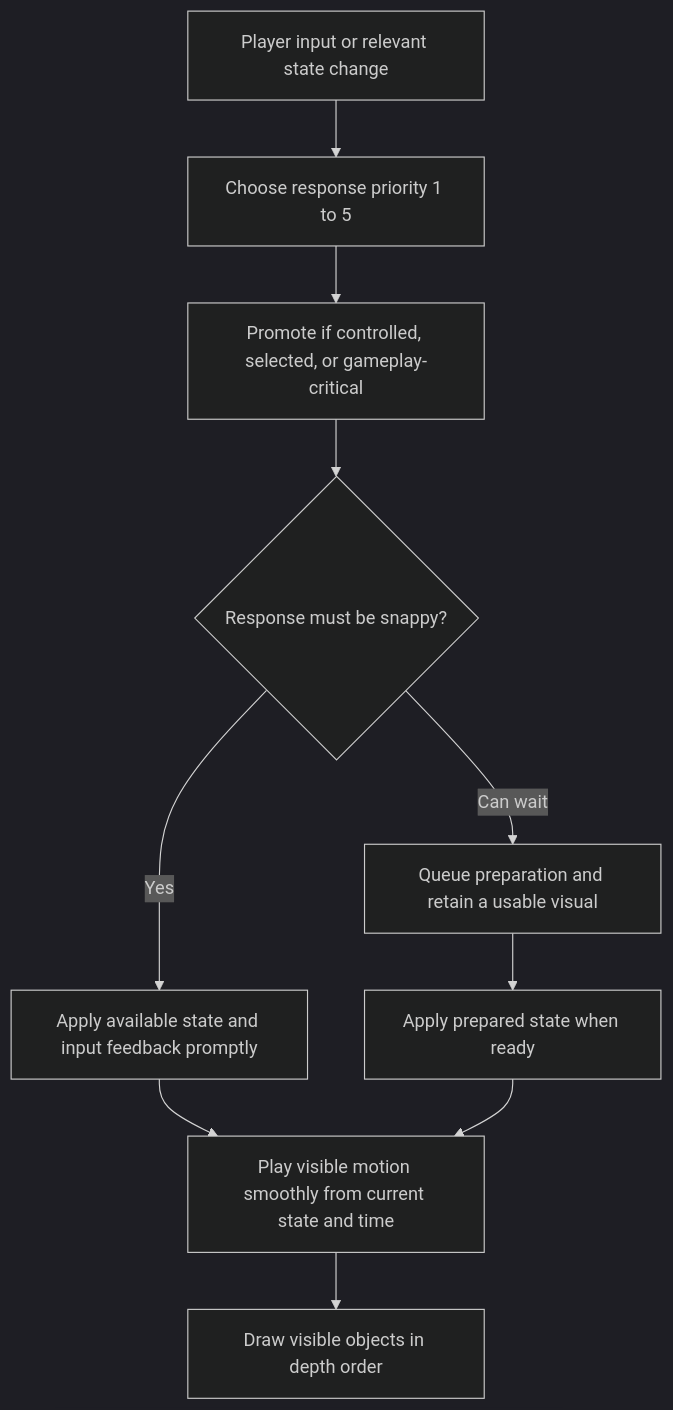
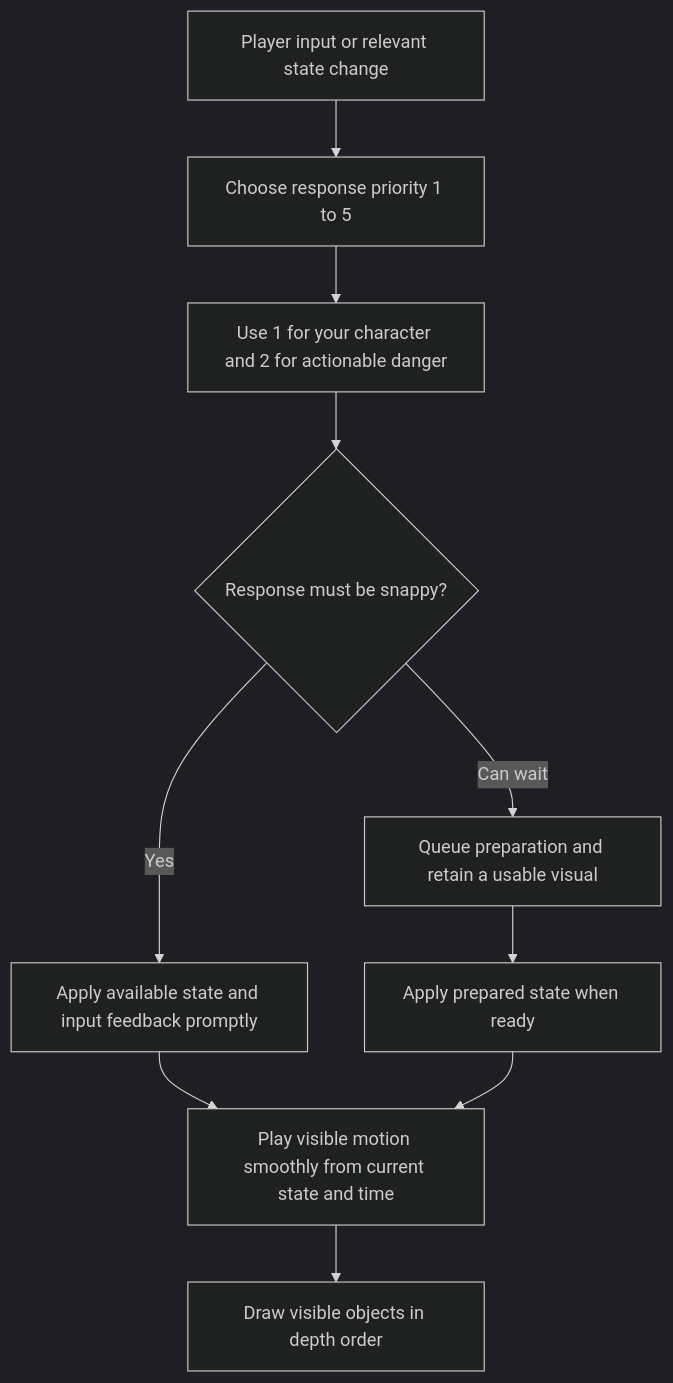
Before and after one commit to Loevano/grass-valley: the first of 4 diagrams in docs/BACKEND.md, drawn with Mermaid (dark theme). The commit also changed other lines of this file, not shown here.

````diff
--- a/docs/BACKEND.md
+++ b/docs/BACKEND.md
@@ -65,12 +79,12 @@
 ```mermaid
 flowchart TD
     Event[Player input or relevant state change] --> Classify[Choose response priority 1 to 5]
-    Classify --> Context[Promote if controlled, selected, or gameplay-critical]
+    Classify --> Context[Use 1 for your character and 2 for actionable danger]
     Context --> Urgent{Response must be snappy?}
     Urgent -->|Yes| Response[Apply available state and input feedback promptly]
     Urgent -->|Can wait| Queue[Queue preparation and retain a usable visual]
     Queue --> Ready[Apply prepared state when ready]
     Response --> Playback[Play visible motion smoothly from current state and time]
     Ready --> Playback
     Playback --> Draw[Draw visible objects in depth order]
 ```
````
